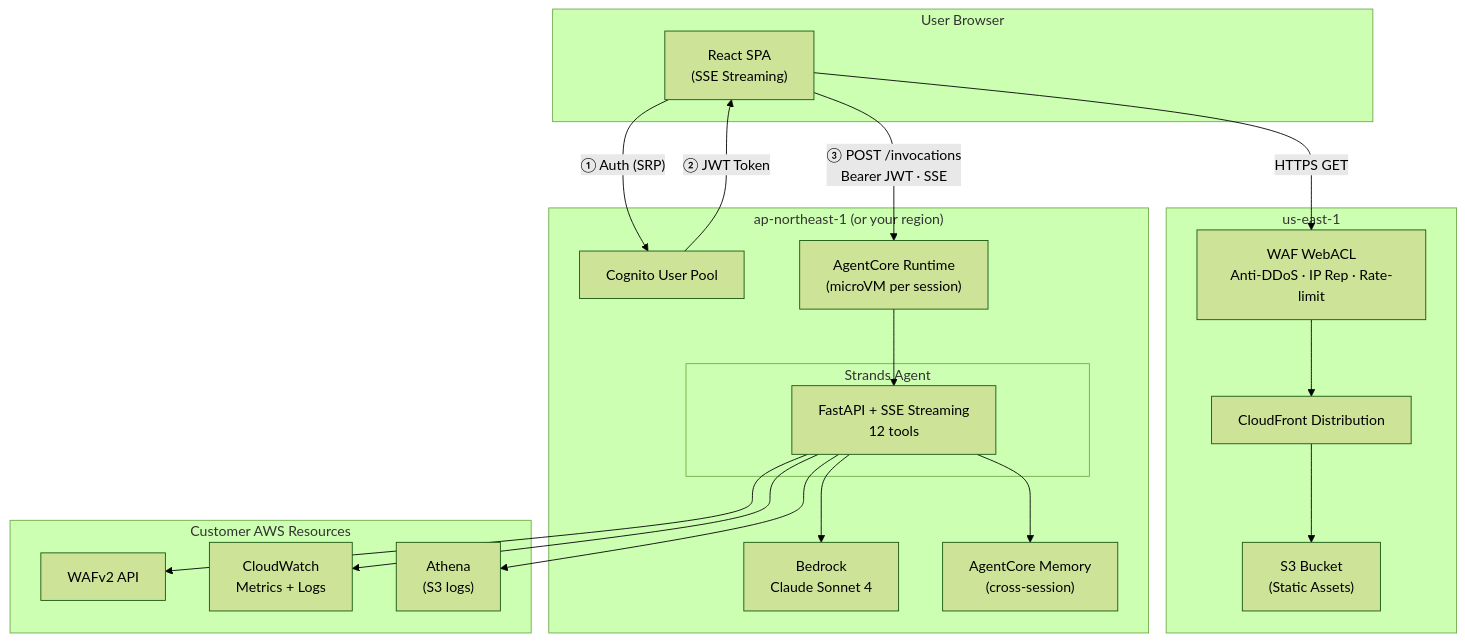
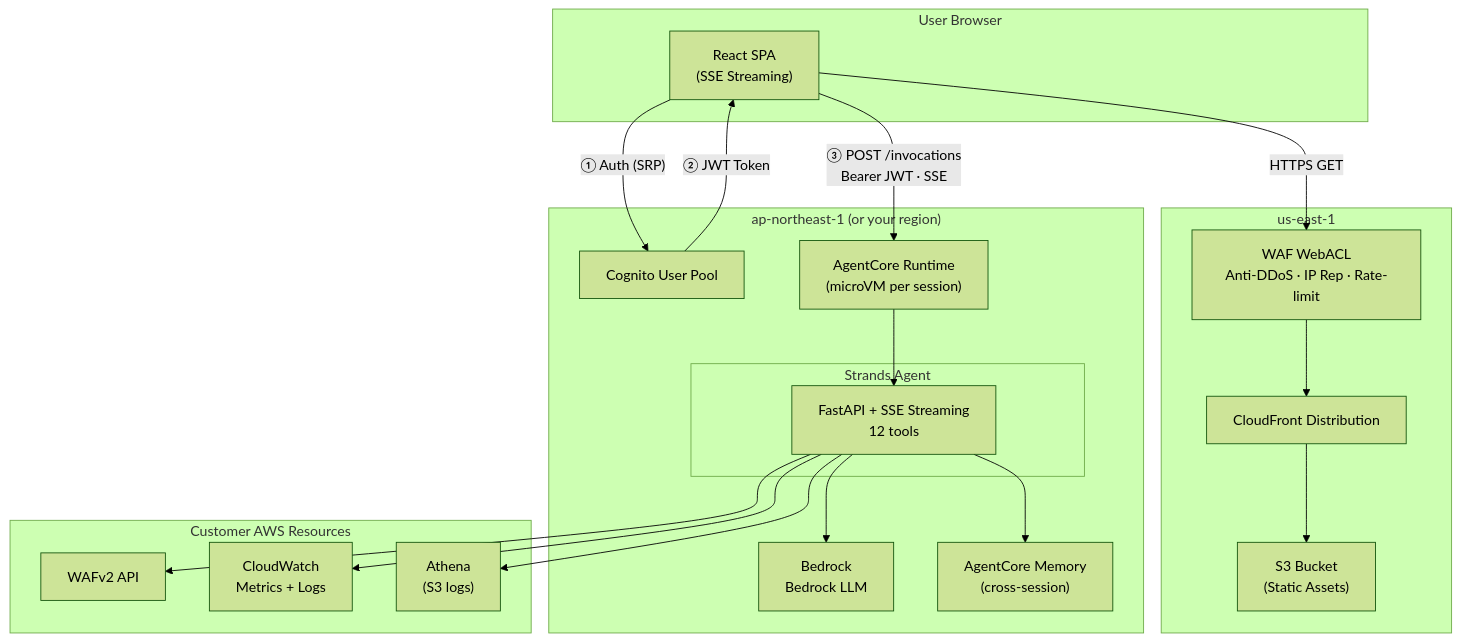
The diagram in README.md (aws-samples/sample-building-a-conversational-ai-agent-for-aws-waf-analysis-with-agentcore), drawn with Mermaid (forest theme) before and after one commit. The commit also changed 4 other files, not shown here.

Commit message:
Fix: generic 'Bedrock LLM' in diagrams (not model-specific), add Memory to deployment guides

````diff
--- a/README.md
+++ b/README.md
@@ -52,40 +52,40 @@
 ```mermaid
 graph TB
     subgraph User["User Browser"]
         SPA["React SPA<br/>(SSE Streaming)"]
     end
 
     subgraph CF["us-east-1"]
         CloudFront["CloudFront Distribution"]
         WAF_FE["WAF WebACL<br/>Anti-DDoS · IP Rep · Rate-limit"]
         S3["S3 Bucket<br/>(Static Assets)"]
     end
 
     subgraph Backend["ap-northeast-1 (or your region)"]
         Cognito["Cognito User Pool"]
         AC["AgentCore Runtime<br/>(microVM per session)"]
         subgraph Agent["Strands Agent"]
             FastAPI["FastAPI + SSE Streaming<br/>12 tools"]
         end
-        Bedrock["Bedrock<br/>Claude Sonnet 4"]
+        Bedrock["Bedrock<br/>Bedrock LLM"]
         Memory["AgentCore Memory<br/>(cross-session)"]
     end
 
     subgraph AWS["Customer AWS Resources"]
         WAFv2["WAFv2 API"]
         CW["CloudWatch<br/>Metrics + Logs"]
         Athena["Athena<br/>(S3 logs)"]
     end
 
     SPA -->|"HTTPS GET"| WAF_FE
     WAF_FE --> CloudFront --> S3
     SPA -->|"① Auth (SRP)"| Cognito
     Cognito -->|"② JWT Token"| SPA
     SPA -->|"③ POST /invocations<br/>Bearer JWT · SSE"| AC
     AC --> FastAPI
     FastAPI --> Bedrock
     FastAPI --> Memory
     FastAPI --> WAFv2
     FastAPI --> CW
     FastAPI --> Athena
 ```
````
